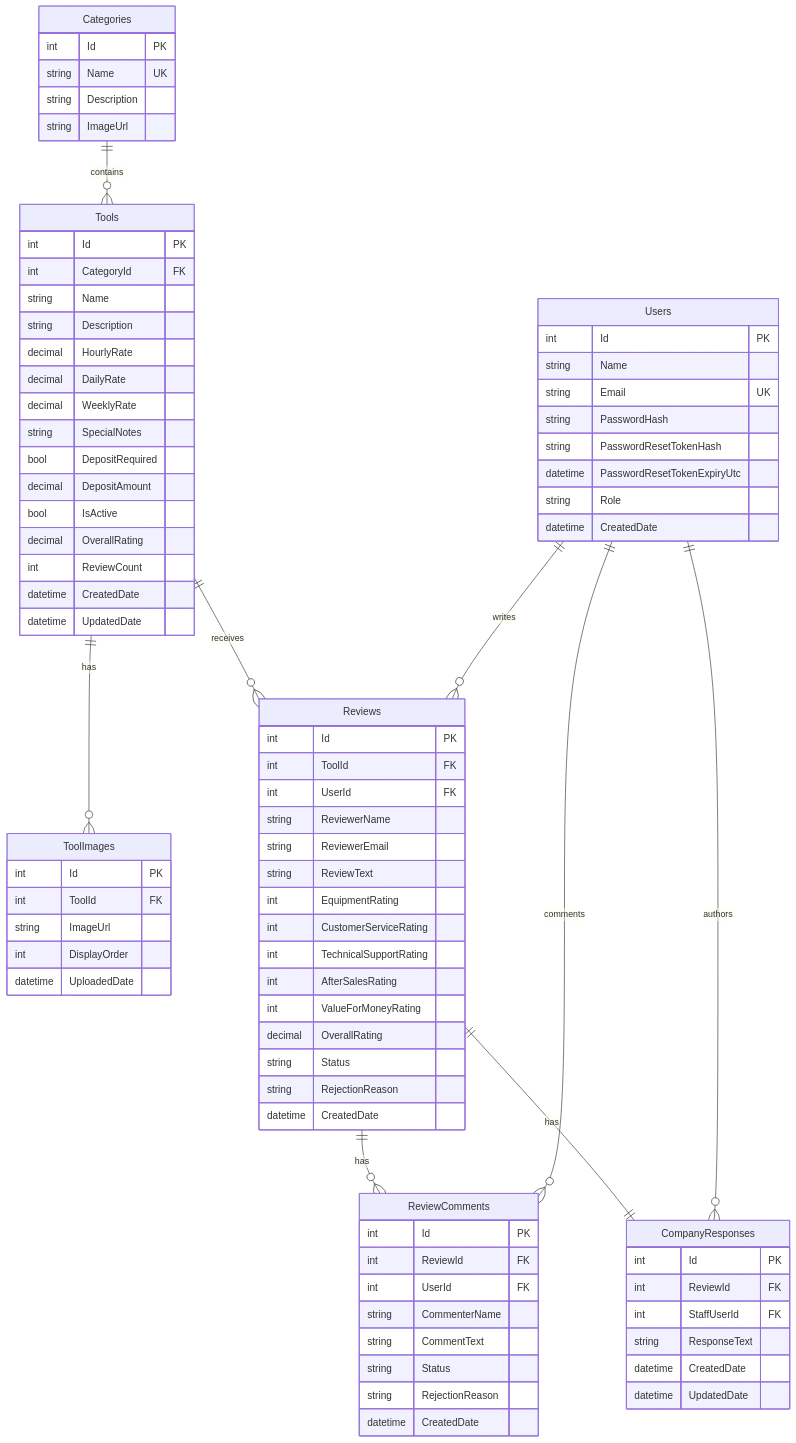
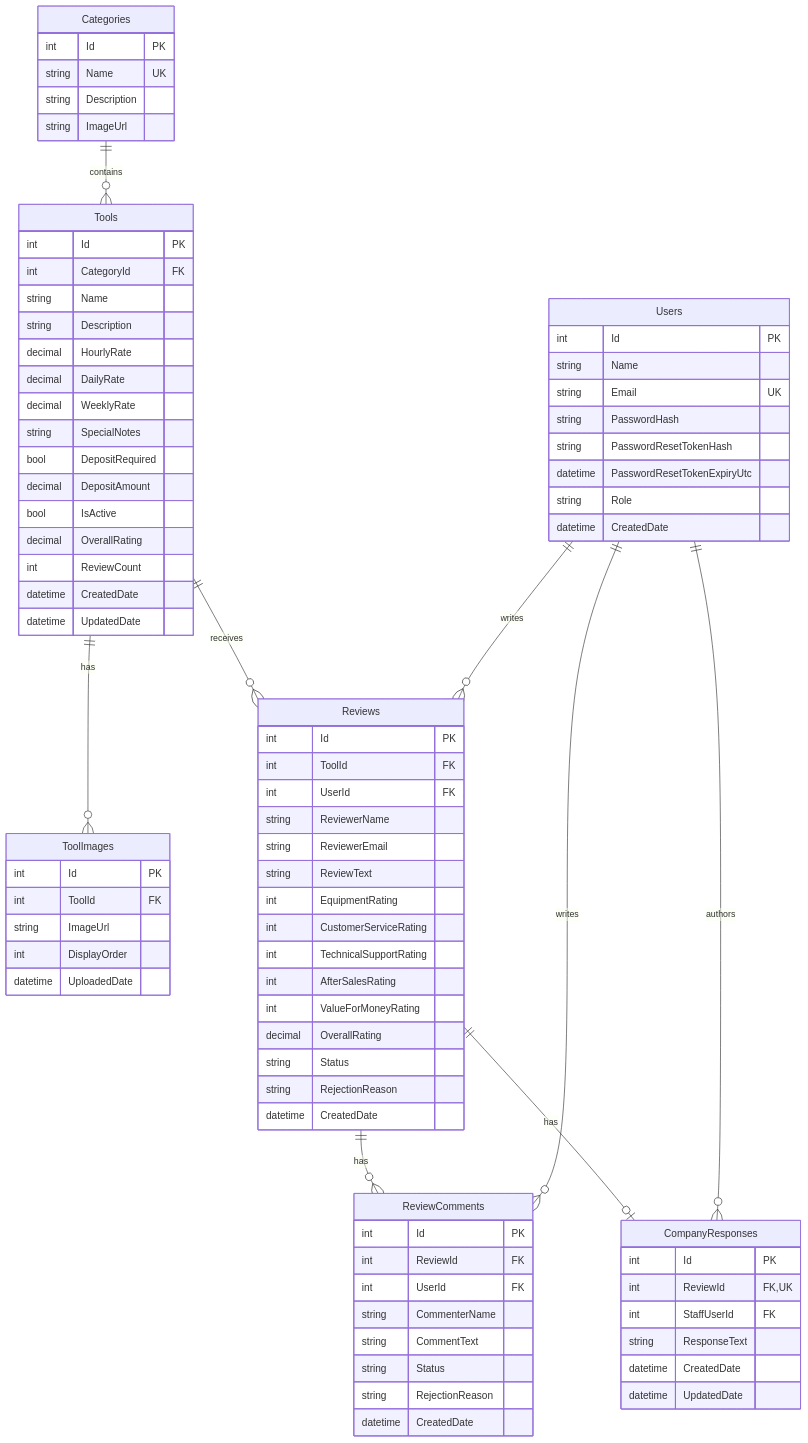
Before and after one commit to SEPP-2026/ReviewPortal-API: the diagram in docs/DATABASE-DESIGN.md, drawn with Mermaid. The commit also changed 5 other files, not shown here.

Commit message:
Update Diagrams

````diff
--- a/docs/DATABASE-DESIGN.md
+++ b/docs/DATABASE-DESIGN.md
@@ -293,19 +293,19 @@
 
     CompanyResponses {
         int Id PK
-        int ReviewId FK
+        int ReviewId FK,UK
         int StaffUserId FK
         string ResponseText
         datetime CreatedDate
         datetime UpdatedDate
     }
 
-    Categories ||--o{ Tools : "contains"
-    Tools ||--o{ ToolImages : "has"
-    Tools ||--o{ Reviews : "receives"
-    Users ||--o{ Reviews : "writes"
-    Reviews ||--o{ ReviewComments : "has"
-    Users ||--o{ ReviewComments : "comments"
-    Reviews ||--|| CompanyResponses : "has"
-    Users ||--o{ CompanyResponses : "authors"
+    Categories ||--o{ Tools : contains
+    Tools ||--o{ ToolImages : has
+    Tools ||--o{ Reviews : receives
+    Users ||--o{ Reviews : writes
+    Reviews ||--o{ ReviewComments : has
+    Users ||--o{ ReviewComments : writes
+    Reviews ||--o| CompanyResponses : has
+    Users ||--o{ CompanyResponses : authors
 ```
````
